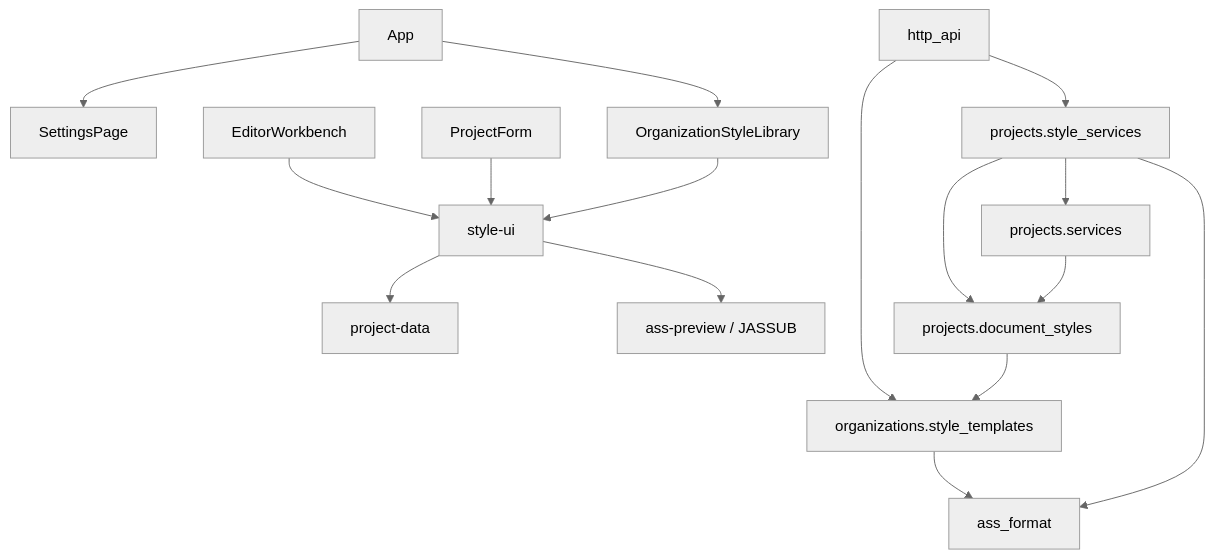
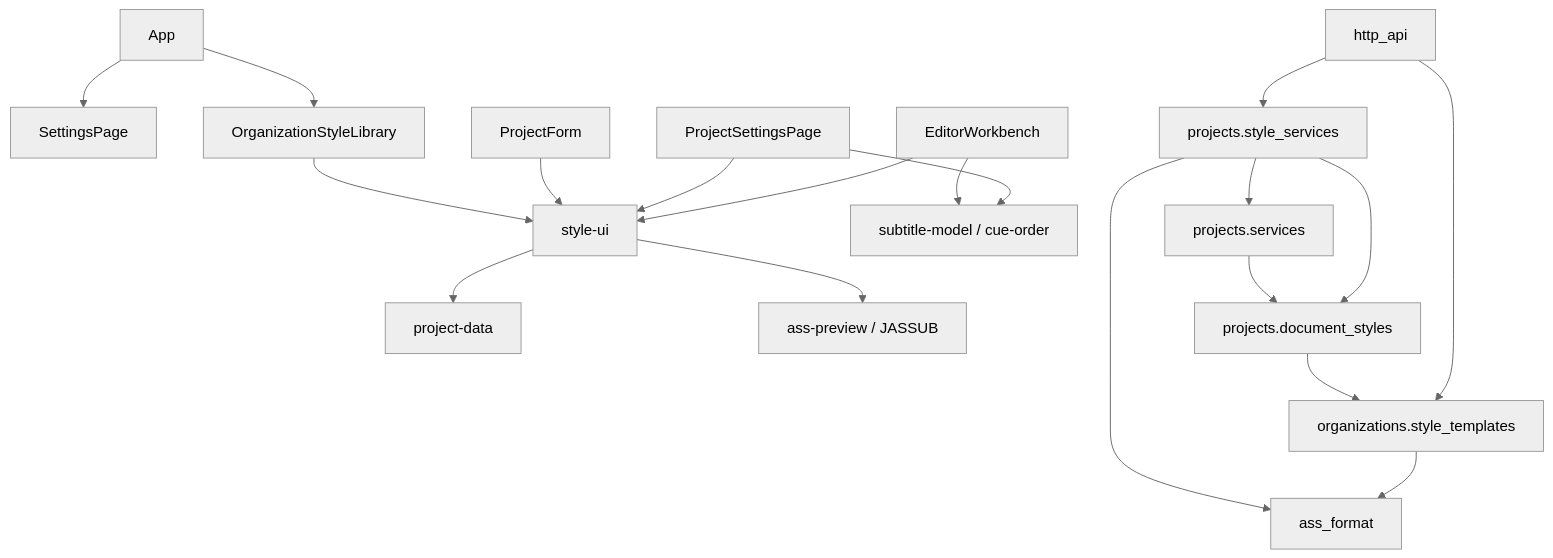
One commit to giltram/CueRelay changed the diagram in docs/style-management.md. Above: the diagram before and after it, drawn with Mermaid (neutral theme). The commit also changed other lines of this file and 38 other files, not shown here.

Commit message:
add project style settings and fullscreen playback

````diff
--- a/docs/style-management.md
+++ b/docs/style-management.md
@@ -37,18 +38,21 @@
 ```mermaid
 flowchart TD
     App --> SettingsPage
     App --> OrganizationStyleLibrary
     EditorWorkbench --> StyleUI[style-ui]
+    ProjectSettingsPage --> StyleUI
+    ProjectSettingsPage --> SubtitleModel[subtitle-model / cue-order]
+    EditorWorkbench --> SubtitleModel
     ProjectForm --> StyleUI
     OrganizationStyleLibrary --> StyleUI
     StyleUI --> ProjectData[project-data]
     StyleUI --> AssPreview[ass-preview / JASSUB]
     HTTP[http_api] --> ProjectStyles[projects.style_services]
     HTTP --> Templates[organizations.style_templates]
     ProjectStyles --> ProjectServices[projects.services]
     ProjectStyles --> Import[projects.document_styles]
     Import --> Templates
     ProjectServices --> Import
     Templates --> ASS[ass_format]
     ProjectStyles --> ASS
 ```
````
